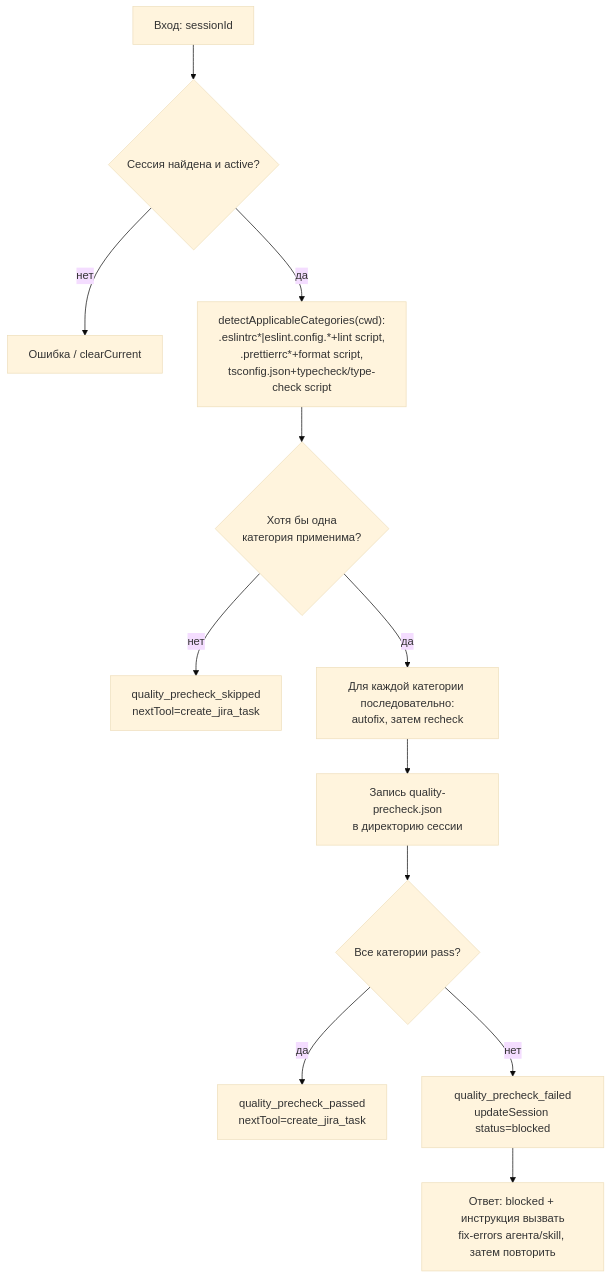
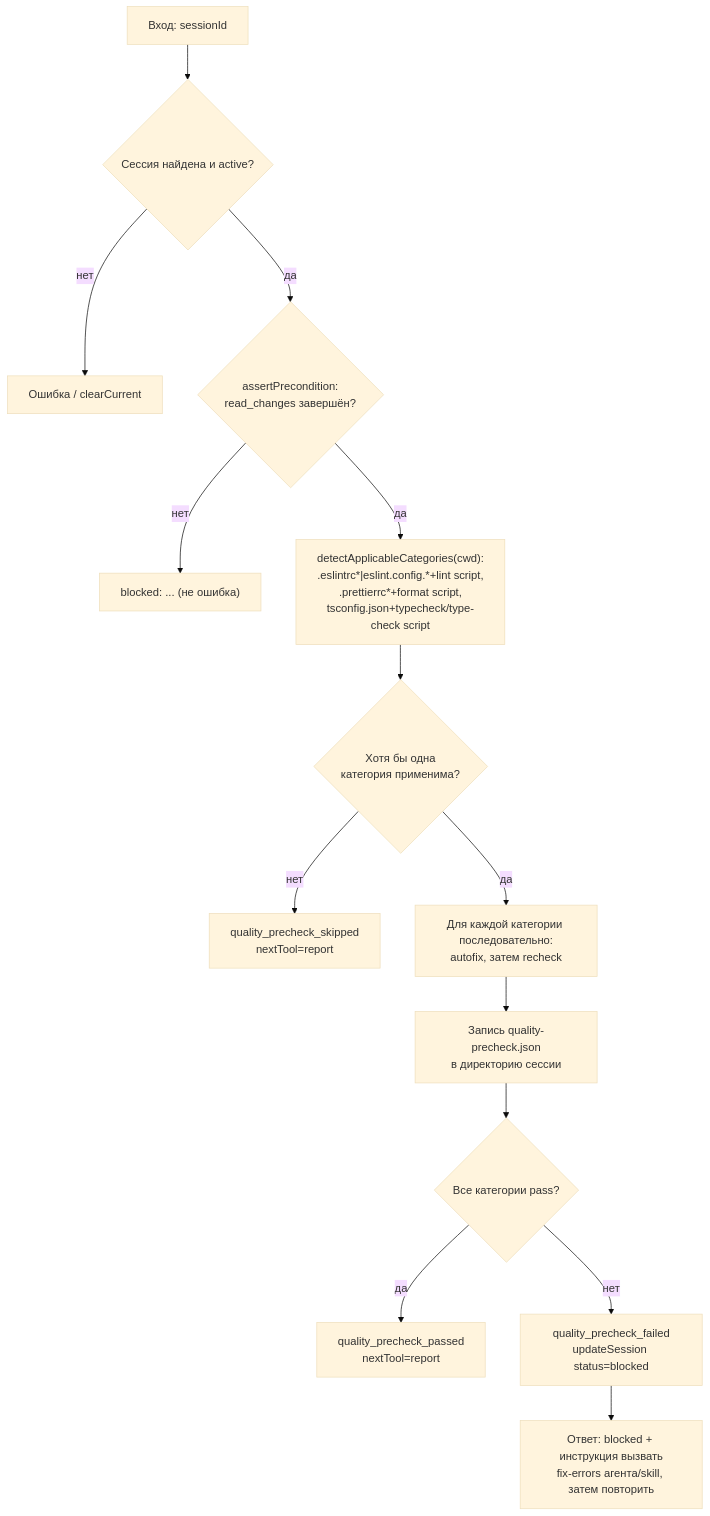
Before and after one commit to PavelsPolakovs/sdlc-tools: the diagram in packages/sdlc-ship-changes/src/tools/quality-precheck/README.md, drawn with Mermaid (base theme). The commit also changed other lines of this file and 30 other files, not shown here.

First line of the commit message:
Remove unimplemented pipeline stub tools; add assertPrecondition/pipeline-order with tests

````diff
--- a/packages/sdlc-ship-changes/src/tools/quality-precheck/README.md
+++ b/packages/sdlc-ship-changes/src/tools/quality-precheck/README.md
@@ -7,14 +7,16 @@
 ```mermaid
 flowchart TD
     A[Вход: sessionId] --> B{Сессия найдена и active?}
     B -- нет --> B1[Ошибка / clearCurrent]
-    B -- да --> C["detectApplicableCategories(cwd):\n.eslintrc*|eslint.config.*+lint script,\n.prettierrc*+format script,\ntsconfig.json+typecheck/type-check script"]
+    B -- да --> B2{assertPrecondition:\nread_changes завершён?}
+    B2 -- нет --> B3["blocked: ... (не ошибка)"]
+    B2 -- да --> C["detectApplicableCategories(cwd):\n.eslintrc*|eslint.config.*+lint script,\n.prettierrc*+format script,\ntsconfig.json+typecheck/type-check script"]
     C --> D{Хотя бы одна\nкатегория применима?}
-    D -- нет --> E[quality_precheck_skipped\nnextTool=create_jira_task]
+    D -- нет --> E[quality_precheck_skipped\nnextTool=report]
     D -- да --> F[Для каждой категории последовательно:\nautofix, затем recheck]
     F --> G[Запись quality-precheck.json\nв директорию сессии]
     G --> H{Все категории pass?}
-    H -- да --> I[quality_precheck_passed\nnextTool=create_jira_task]
+    H -- да --> I[quality_precheck_passed\nnextTool=report]
     H -- нет --> J["quality_precheck_failed\nupdateSession status=blocked"]
     J --> K["Ответ: blocked + инструкция вызвать\nfix-errors агента/skill, затем повторить"]
 ```
````
